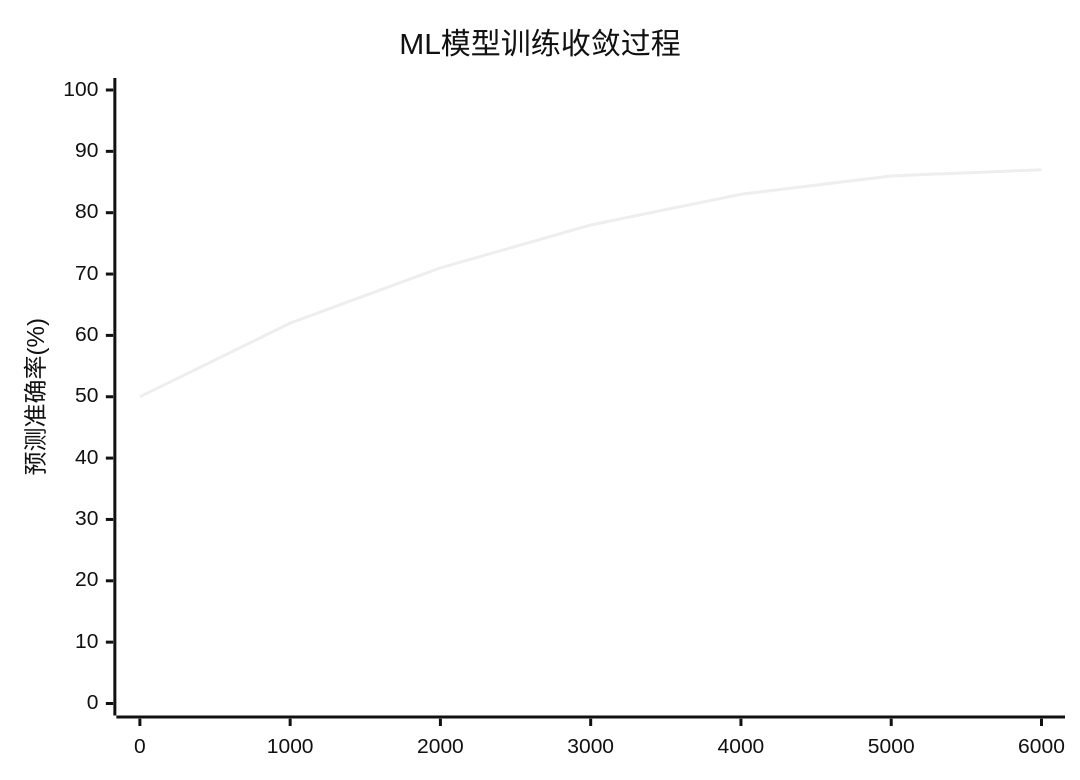
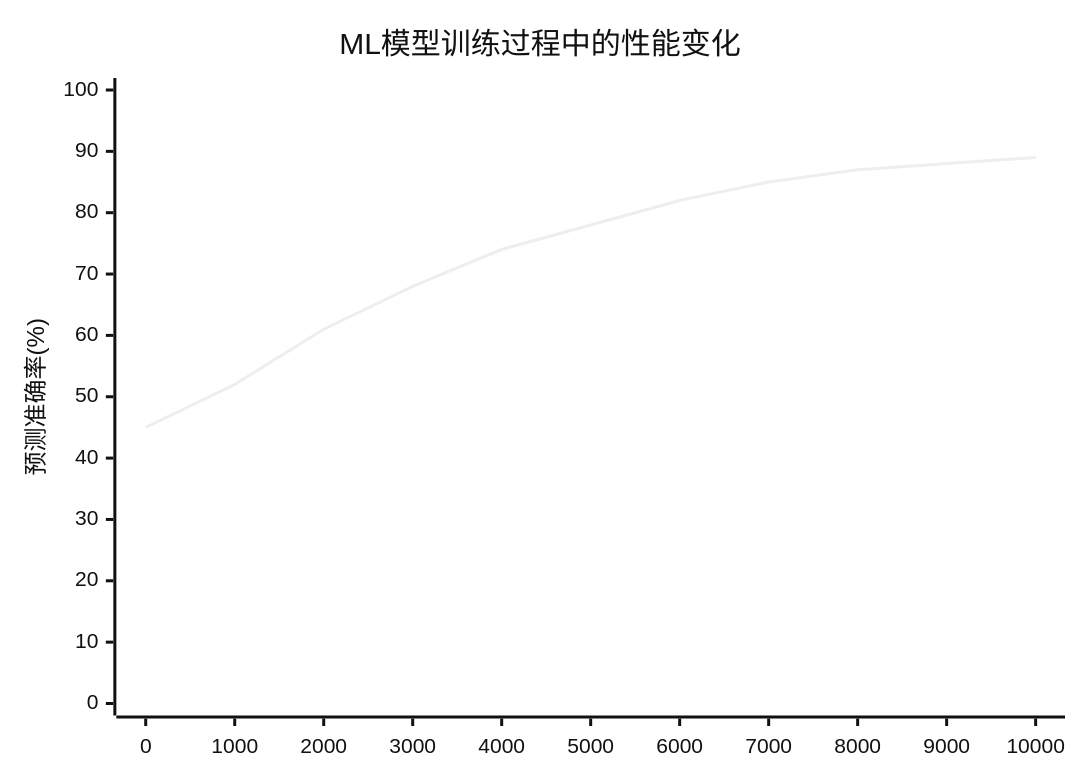
Diagram 18 of 25 in md/第五章-实验与分析.md (crazypenguincode/duckdb), drawn with Mermaid (neutral theme) before and after one commit. The commit also changed other lines of this file and 361 other files, not shown here.

````diff
--- a/md/第五章-实验与分析.md
+++ b/md/第五章-实验与分析.md
@@ -724,7 +562,7 @@
 ```mermaid
 xychart-beta
-    title "ML模型训练收敛过程"
-    x-axis [0, 1000, 2000, 3000, 4000, 5000, 6000]
+    title "ML模型训练过程中的性能变化"
+    x-axis [0, 1000, 2000, 3000, 4000, 5000, 6000, 7000, 8000, 9000, 10000]
     y-axis "预测准确率(%)" 0 --> 100
-    line [50, 62, 71, 78, 83, 86, 87]
+    line [45, 52, 61, 68, 74, 78, 82, 85, 87, 88, 89]
 ```
````
